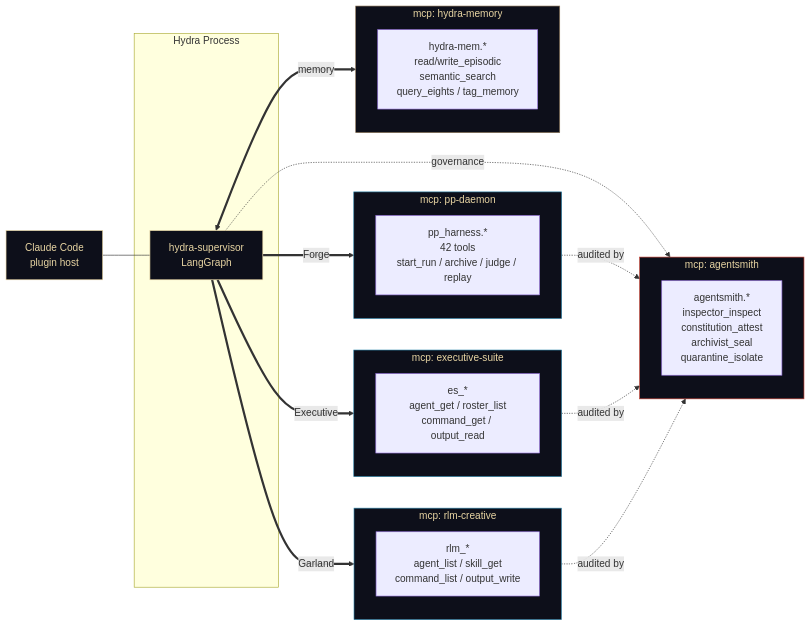
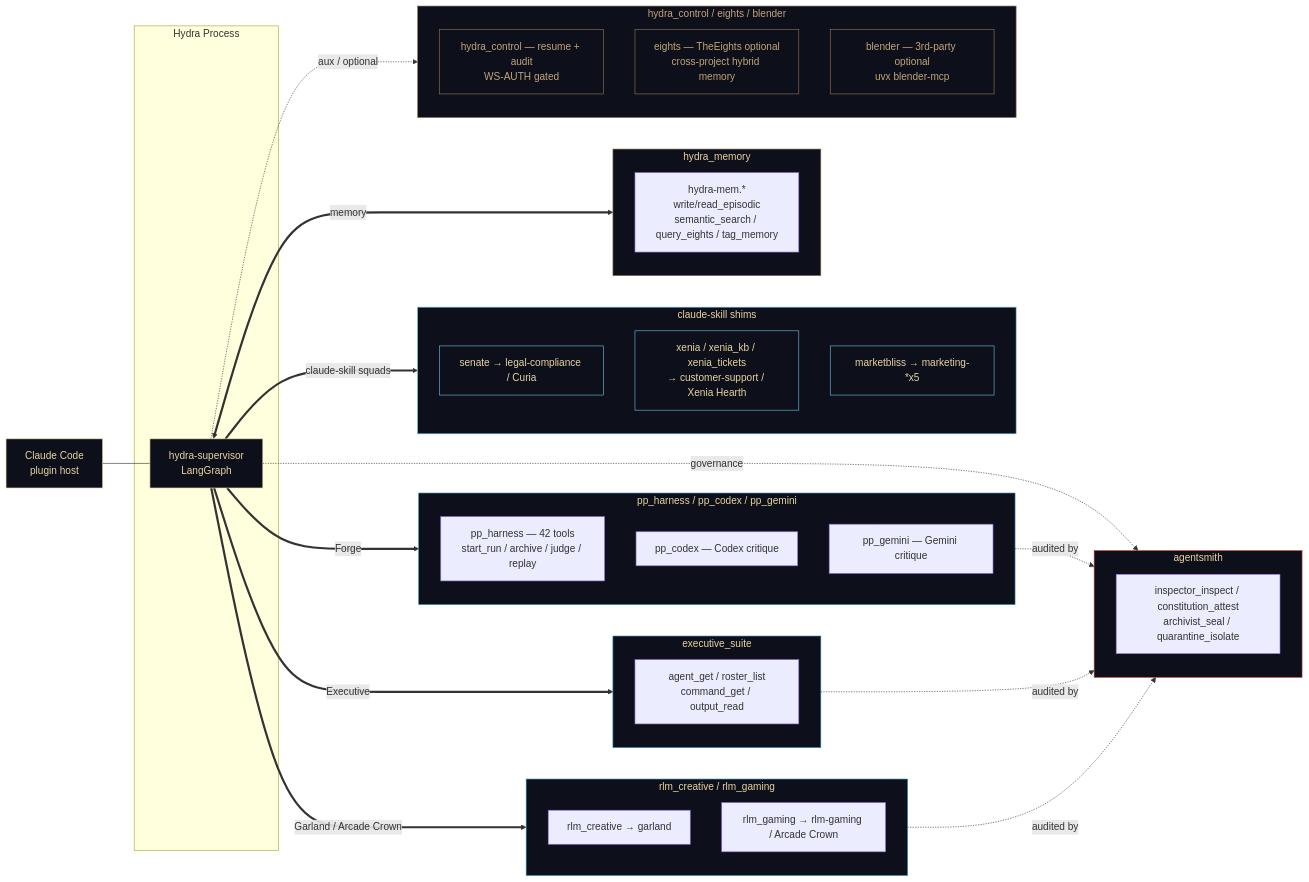
One commit to lebobo88/Hydra changed the diagram in docs/constellation/assets/diagrams/D4-mcp-topology.mmd. Above: the diagram before and after it, drawn with Mermaid. The commit also changed 5 other files, not shown here.

Commit message:
attended engineering (attended/run_uJHyZColMTxe)

```diff
--- a/docs/constellation/assets/diagrams/D4-mcp-topology.mmd
+++ b/docs/constellation/assets/diagrams/D4-mcp-topology.mmd
@@ -1,46 +1,70 @@
-%% D4 — MCP Host Topology (Per-Crown Namespaces + Meta-Governance)
+%% D4 — MCP Host Topology (16 backends; shim map; attended vs detached)
+%% Shim map: garland→rlm_creative, legal-compliance→senate, customer-support→xenia,
+%%           rlm-gaming→rlm_gaming, marketing-*x5→marketbliss
+%% Engineering attended: plan→step→submit_host_result; detached: hydra_workflow_launch
 graph LR
     CC[Claude Code<br/>plugin host]
 
     subgraph HYDRA_NS[ Hydra Process ]
         SUP[hydra-supervisor<br/>LangGraph]
     end
 
-    subgraph PP[mcp: pp-daemon]
-        PP_TOOLS[pp_harness.*<br/>42 tools<br/>start_run / archive / judge / replay]
+    subgraph PP[pp_harness / pp_codex / pp_gemini]
+        PP_TOOLS[pp_harness — 42 tools<br/>start_run / archive / judge / replay]
+        PP_CODEX[pp_codex — Codex critique]
+        PP_GEMINI[pp_gemini — Gemini critique]
     end
 
-    subgraph ES[mcp: executive-suite]
-        ES_TOOLS[es_*<br/>agent_get / roster_list<br/>command_get / output_read]
+    subgraph ES[executive_suite]
+        ES_TOOLS[agent_get / roster_list<br/>command_get / output_read]
     end
 
-    subgraph RLM[mcp: rlm-creative]
-        RLM_TOOLS[rlm_*<br/>agent_list / skill_get<br/>command_list / output_write]
+    subgraph RLM[rlm_creative / rlm_gaming]
+        RLM_TOOLS[rlm_creative → garland]
+        RLM_GAMING[rlm_gaming → rlm-gaming / Arcade Crown]
     end
 
-    subgraph MEM[mcp: hydra-memory]
-        MEM_TOOLS[hydra-mem.*<br/>read/write_episodic<br/>semantic_search<br/>query_eights / tag_memory]
+    subgraph SKILL_PACK[claude-skill shims]
+        SENATE_T[senate → legal-compliance / Curia]
+        XENIA_T[xenia / xenia_kb / xenia_tickets<br/>→ customer-support / Xenia Hearth]
+        MB_T[marketbliss → marketing-*x5]
     end
 
-    subgraph SMITH[mcp: agentsmith]
-        SMITH_TOOLS[agentsmith.*<br/>inspector_inspect<br/>constitution_attest<br/>archivist_seal<br/>quarantine_isolate]
+    subgraph MEM[hydra_memory]
+        MEM_TOOLS[hydra-mem.*<br/>write/read_episodic<br/>semantic_search / query_eights / tag_memory]
+    end
+
+    subgraph SMITH[agentsmith]
+        SMITH_TOOLS[inspector_inspect / constitution_attest<br/>archivist_seal / quarantine_isolate]
+    end
+
+    subgraph AUX[hydra_control / eights / blender]
+        CTRL[hydra_control — resume + audit<br/>WS-AUTH gated]
+        EIGHTS_T[eights — TheEights optional<br/>cross-project hybrid memory]
+        BLEND[blender — 3rd-party optional<br/>uvx blender-mcp]
     end
 
     CC --- SUP
     SUP ==Forge==> PP
     SUP ==Executive==> ES
-    SUP ==Garland==> RLM
+    SUP ==Garland / Arcade Crown==> RLM
+    SUP ==claude-skill squads==> SKILL_PACK
     SUP <==memory==> MEM
     SUP -.governance.-> SMITH
+    SUP -.aux / optional.-> AUX
     PP -.audited by.-> SMITH
     ES -.audited by.-> SMITH
     RLM -.audited by.-> SMITH
 
     classDef host fill:#0D0F1A,stroke:#E8D5A3,color:#E8D5A3
     classDef ns fill:#0D0F1A,stroke:#2E86AB,color:#E8D5A3
     classDef memory fill:#0D0F1A,stroke:#8B7355,color:#E8D5A3
     classDef gov fill:#0D0F1A,stroke:#C0392B,color:#E8D5A3
+    classDef skill fill:#0D0F1A,stroke:#6FB8DA,color:#E8D5A3
+    classDef aux fill:#0D0F1A,stroke:#8B7355,color:#C2A57A
     class CC,SUP host
     class PP,ES,RLM ns
     class MEM memory
     class SMITH gov
+    class SKILL_PACK,SENATE_T,XENIA_T,MB_T skill
+    class AUX,CTRL,EIGHTS_T,BLEND aux
```
